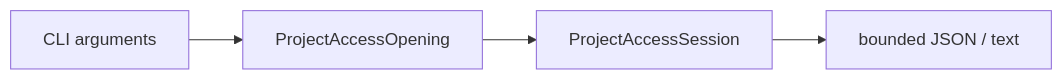
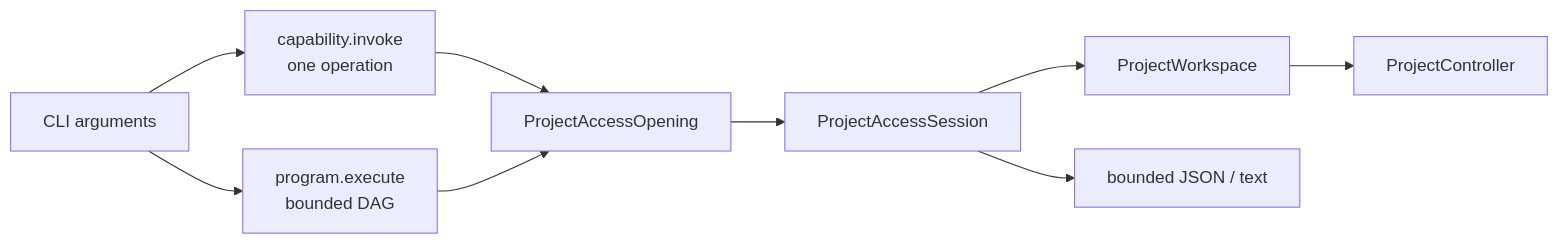
One commit to 1amageek/Rupa changed the diagram in RupaKit/Sources/RupaCLIKit/DESIGN.md. Above: the diagram before and after it, drawn with Mermaid. The commit also changed other lines of this file and 17 other files, not shown here.

````diff
--- a/RupaKit/Sources/RupaCLIKit/DESIGN.md
+++ b/RupaKit/Sources/RupaCLIKit/DESIGN.md
@@ -44,6 +63,11 @@
 ```mermaid
 flowchart LR
-    Args["CLI arguments"] --> Access["ProjectAccessOpening"]
+    Args["CLI arguments"] --> Simple["capability.invoke\none operation"]
+    Args --> Complex["program.execute\nbounded DAG"]
+    Simple --> Access["ProjectAccessOpening"]
+    Complex --> Access
     Access --> Session["ProjectAccessSession"]
+    Session --> Workspace["ProjectWorkspace"]
+    Workspace --> Controller["ProjectController"]
     Session --> Result["bounded JSON / text"]
 ```
````
